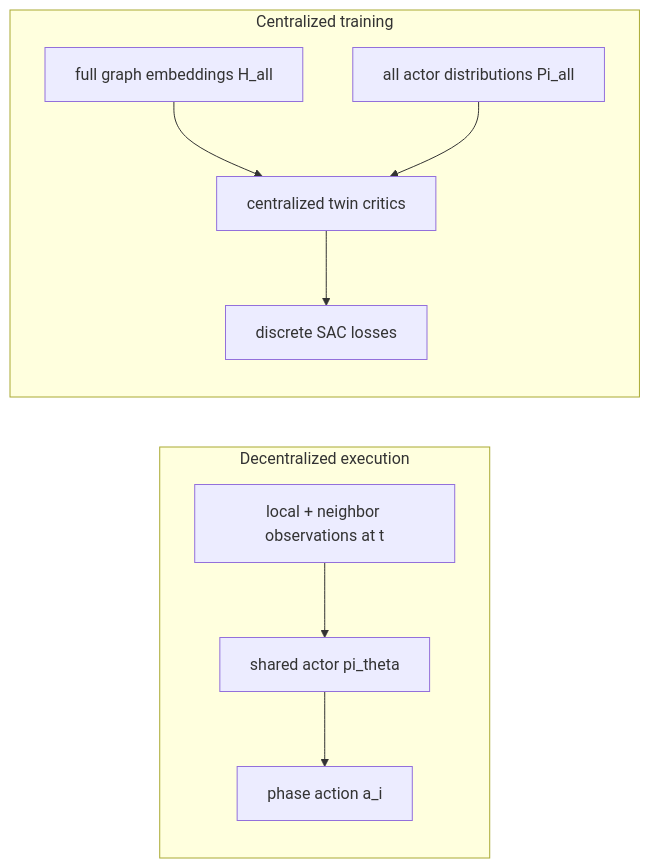
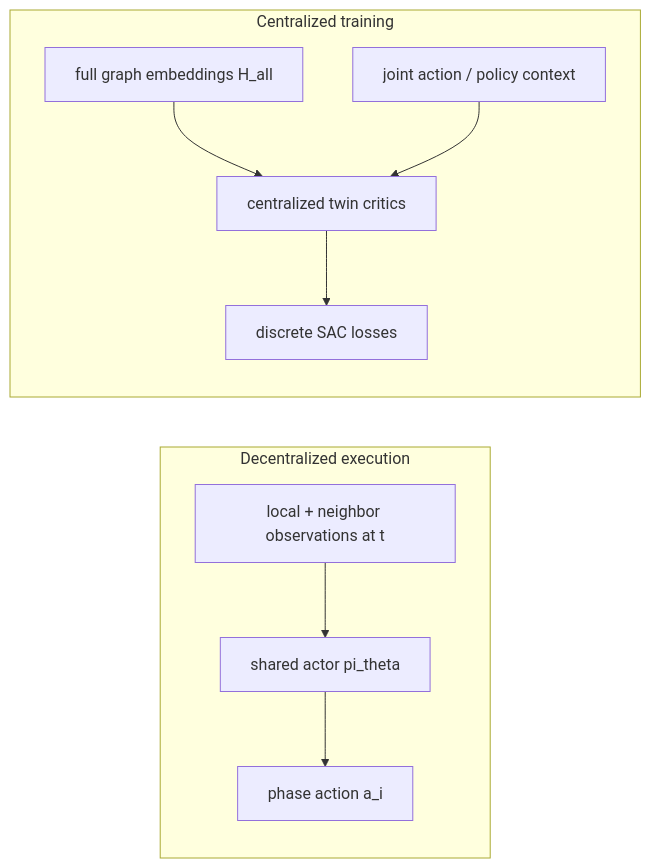
One commit to fuisl/sumo-rl changed the second of 2 diagrams in docs/thesis/experiments.md. Above: the diagram before and after it, drawn with Mermaid. The commit also changed other lines of this file and 14 other files, not shown here.

````diff
--- a/docs/thesis/experiments.md
+++ b/docs/thesis/experiments.md
@@ -140,19 +142,19 @@
 ```mermaid
 flowchart LR
     subgraph Execution["Decentralized execution"]
         OE["local + neighbor observations at t"]
         AE["shared actor pi_theta"]
         PE["phase action a_i"]
         OE --> AE --> PE
     end
 
     subgraph Training["Centralized training"]
         GT["full graph embeddings H_all"]
-        PT["all actor distributions Pi_all"]
+        PT["joint action / policy context"]
         QT["centralized twin critics"]
         LT["discrete SAC losses"]
         GT --> QT
         PT --> QT
         QT --> LT
     end
 ```
````
